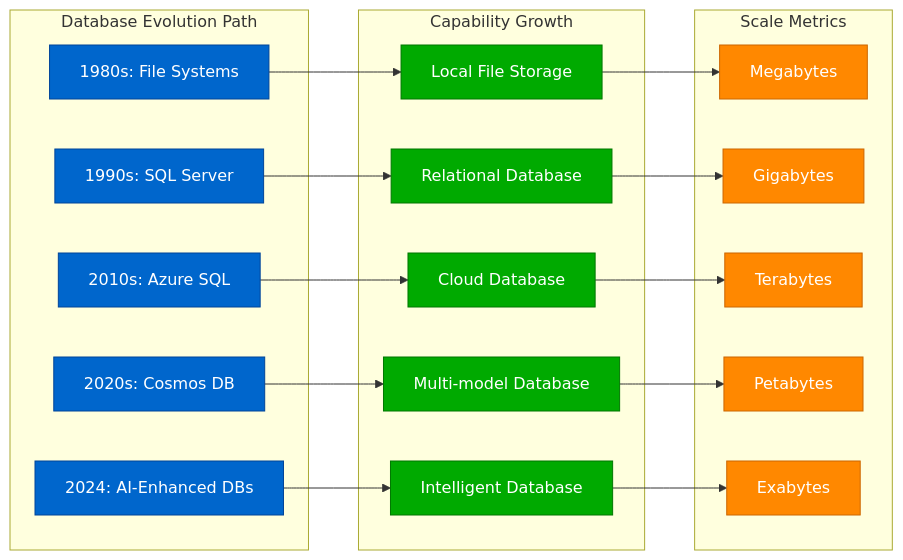
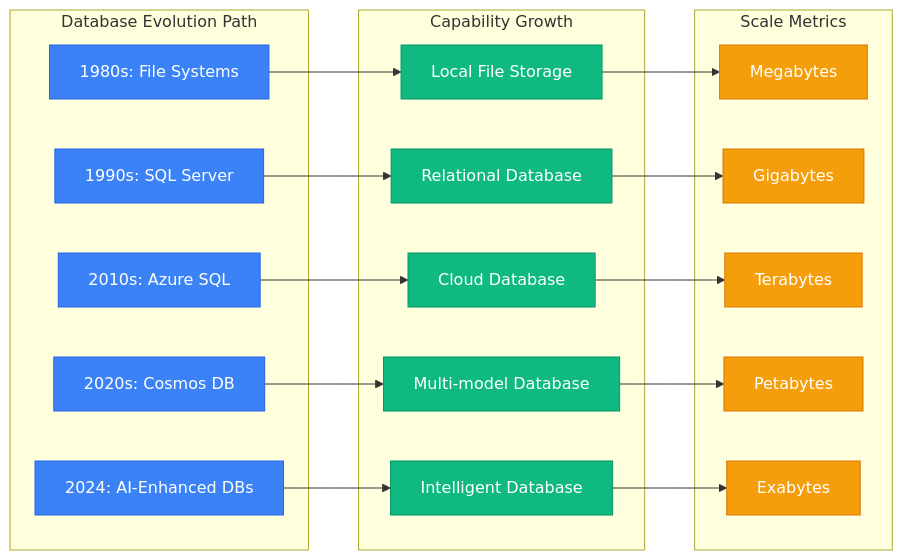
One commit to deepaucksharma/DS changed the seventh of 12 diagrams in site/docs/systems/microsoft/scale-evolution.md. Above: the diagram before and after it, drawn with Mermaid. The commit also changed other lines of this file and 303 other files, not shown here.

````diff
--- a/site/docs/systems/microsoft/scale-evolution.md
+++ b/site/docs/systems/microsoft/scale-evolution.md
@@ -335,46 +335,46 @@
 ```mermaid
 graph LR
     subgraph Evolution[Database Evolution Path]
         FILE_SYSTEM[1980s: File Systems]
         SQL_SERVER[1990s: SQL Server]
         AZURE_SQL[2010s: Azure SQL]
         COSMOS_DB[2020s: Cosmos DB]
         AI_DATABASES[2024: AI-Enhanced DBs]
     end
 
     subgraph Capabilities[Capability Growth]
         LOCAL_FILES[Local File Storage]
         RELATIONAL_DB[Relational Database]
         CLOUD_DB[Cloud Database]
         MULTI_MODEL[Multi-model Database]
         INTELLIGENT_DB[Intelligent Database]
     end
 
     subgraph Scale[Scale Metrics]
         MEGABYTES[Megabytes]
         GIGABYTES[Gigabytes]
         TERABYTES[Terabytes]
         PETABYTES[Petabytes]
         EXABYTES[Exabytes]
     end
 
     FILE_SYSTEM --> LOCAL_FILES
     SQL_SERVER --> RELATIONAL_DB
     AZURE_SQL --> CLOUD_DB
     COSMOS_DB --> MULTI_MODEL
     AI_DATABASES --> INTELLIGENT_DB
 
     LOCAL_FILES --> MEGABYTES
     RELATIONAL_DB --> GIGABYTES
     CLOUD_DB --> TERABYTES
     MULTI_MODEL --> PETABYTES
     INTELLIGENT_DB --> EXABYTES
 
-    classDef dbStyle fill:#0066CC,stroke:#004499,color:#fff
-    classDef capStyle fill:#00AA00,stroke:#007700,color:#fff
-    classDef scaleStyle fill:#FF8800,stroke:#CC6600,color:#fff
+    classDef dbStyle fill:#3B82F6,stroke:#2563EB,color:#fff
+    classDef capStyle fill:#10B981,stroke:#059669,color:#fff
+    classDef scaleStyle fill:#F59E0B,stroke:#D97706,color:#fff
 
     class FILE_SYSTEM,SQL_SERVER,AZURE_SQL,COSMOS_DB,AI_DATABASES dbStyle
     class LOCAL_FILES,RELATIONAL_DB,CLOUD_DB,MULTI_MODEL,INTELLIGENT_DB capStyle
     class MEGABYTES,GIGABYTES,TERABYTES,PETABYTES,EXABYTES scaleStyle
 ```
````
